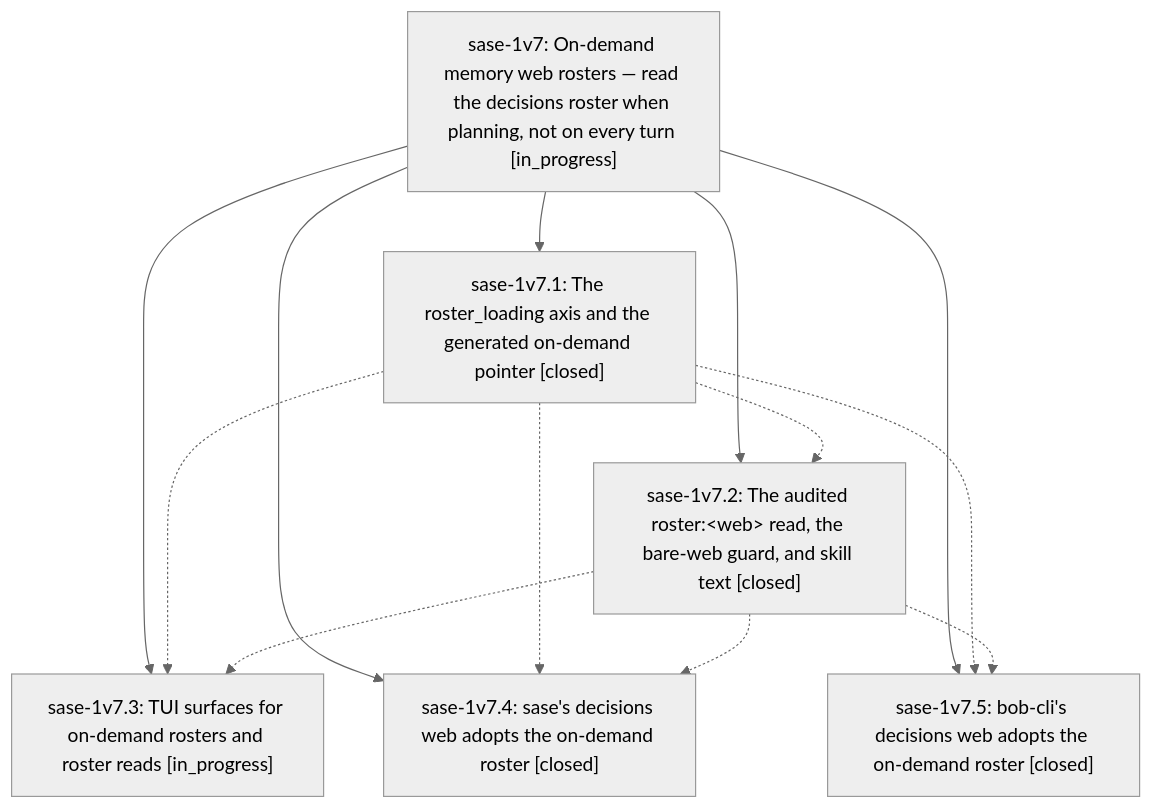
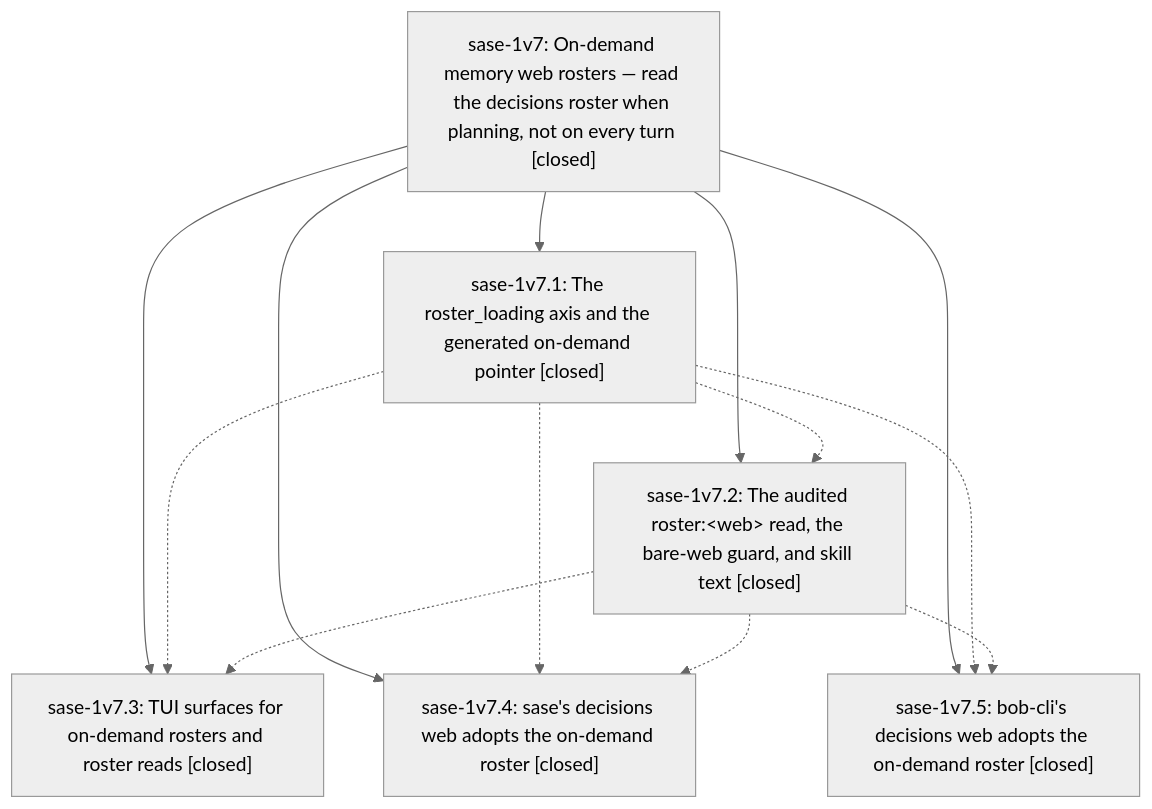
One commit to sase-org/sase--beads changed the diagram in pages/sase-1v7/README.md. Above: the diagram before and after it, drawn with Mermaid (neutral theme). The commit also changed other lines of this file and 4 other files, not shown here.

````diff
--- a/pages/sase-1v7/README.md
+++ b/pages/sase-1v7/README.md
@@ -40,21 +46,21 @@
 ```mermaid
 flowchart TD
-    n0["sase-1v7: On-demand memory web rosters — read the decisions roster when planning, not on every turn [in_progress]"]
+    n0["sase-1v7: On-demand memory web rosters — read the decisions roster when planning, not on every turn [closed]"]
     n1["sase-1v7.1: The roster_loading axis and the generated on-demand pointer [closed]"]
     n2["sase-1v7.2: The audited roster:&lt;web&gt; read, the bare-web guard, and skill text [closed]"]
-    n3["sase-1v7.3: TUI surfaces for on-demand rosters and roster reads [in_progress]"]
+    n3["sase-1v7.3: TUI surfaces for on-demand rosters and roster reads [closed]"]
     n4["sase-1v7.4: sase's decisions web adopts the on-demand roster [closed]"]
     n5["sase-1v7.5: bob-cli's decisions web adopts the on-demand roster [closed]"]
     n0 --> n1
     n0 --> n2
     n0 --> n3
     n0 --> n4
     n0 --> n5
     n1 -.-> n2
     n1 -.-> n3
     n1 -.-> n4
     n1 -.-> n5
     n2 -.-> n3
     n2 -.-> n4
     n2 -.-> n5
 ```
````
